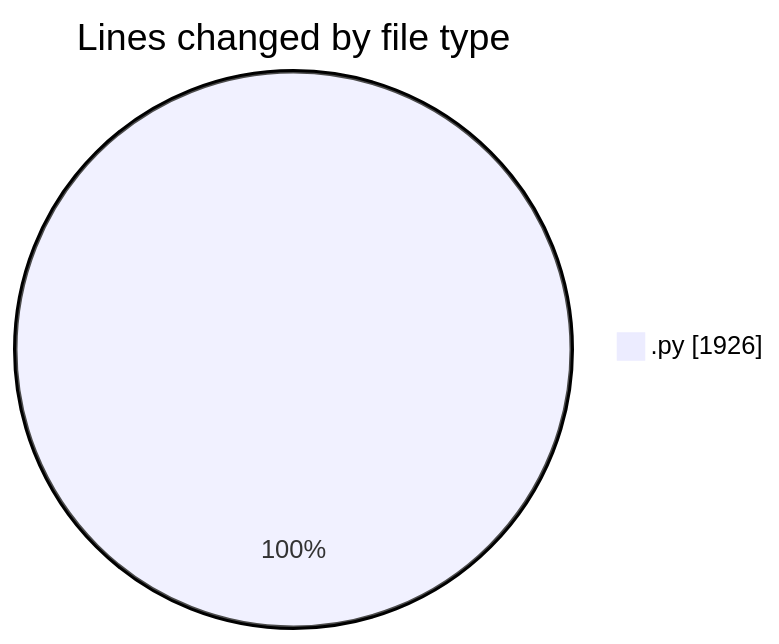
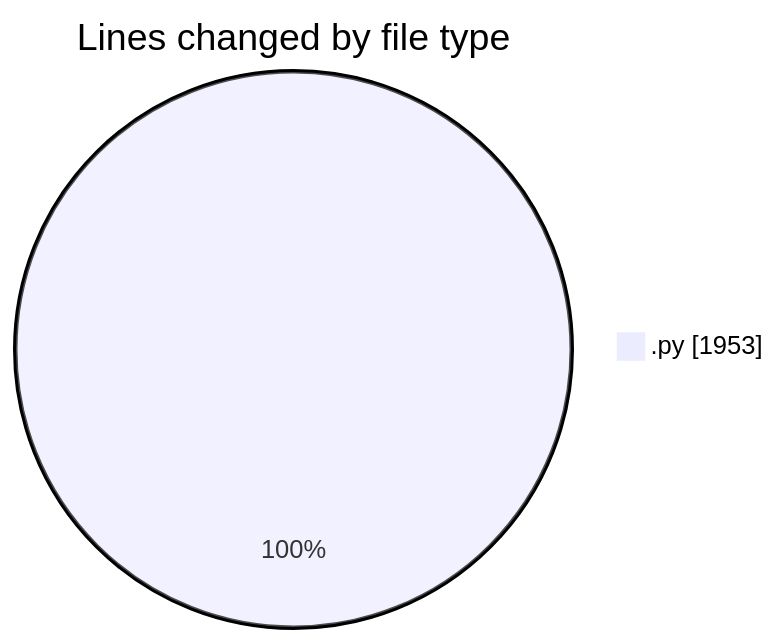
Before and after one commit to julien-gomy/code-tracking: the first of 2 diagrams in 2025-10-23/eventscop-api-guide__workspace_/README.md, drawn with Mermaid. The commit also changed other lines of this file and 1 other file, not shown here.

````diff
--- a/2025-10-23/eventscop-api-guide__workspace_/README.md
+++ b/2025-10-23/eventscop-api-guide__workspace_/README.md
@@ -22,5 +22,5 @@
 ```mermaid
 pie showData
 title Lines changed by file type
-".py" : 1926
+".py" : 1953
 ```
````
